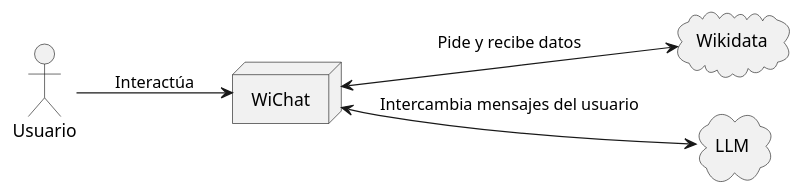
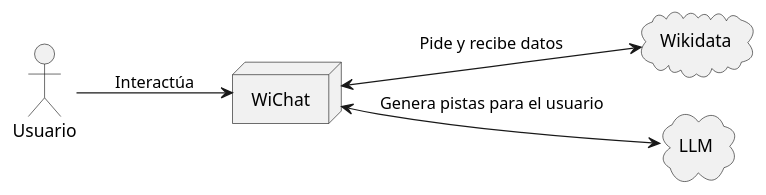
One commit to Arquisoft/wichat_es5b changed the first of 2 diagrams in docs/src/03_context_and_scope.adoc. Above: the diagram before and after it, drawn with PlantUML. The commit also changed other lines of this file and 1 other file, not shown here.

```diff
--- a/docs/src/03_context_and_scope.adoc
+++ b/docs/src/03_context_and_scope.adoc
@@ -55,23 +55,23 @@
 [plantuml,"Contexto negocio",png]
 ----
 @startuml
 skinparam monochrome true
 left to right direction
 
 actor "Usuario"
 
 node "WiChat" {
 }
 
 cloud "Wikidata" {
 }
 
 cloud "LLM" {
 }
 
 "Usuario" --> "WiChat" : Interactúa
 "WiChat" <--> "Wikidata" : Pide y recibe datos
-"WiChat" <--> "LLM" : Intercambia mensajes del usuario
+"WiChat" <--> "LLM" : Genera pistas para el usuario
 
 @enduml
 ----
```
